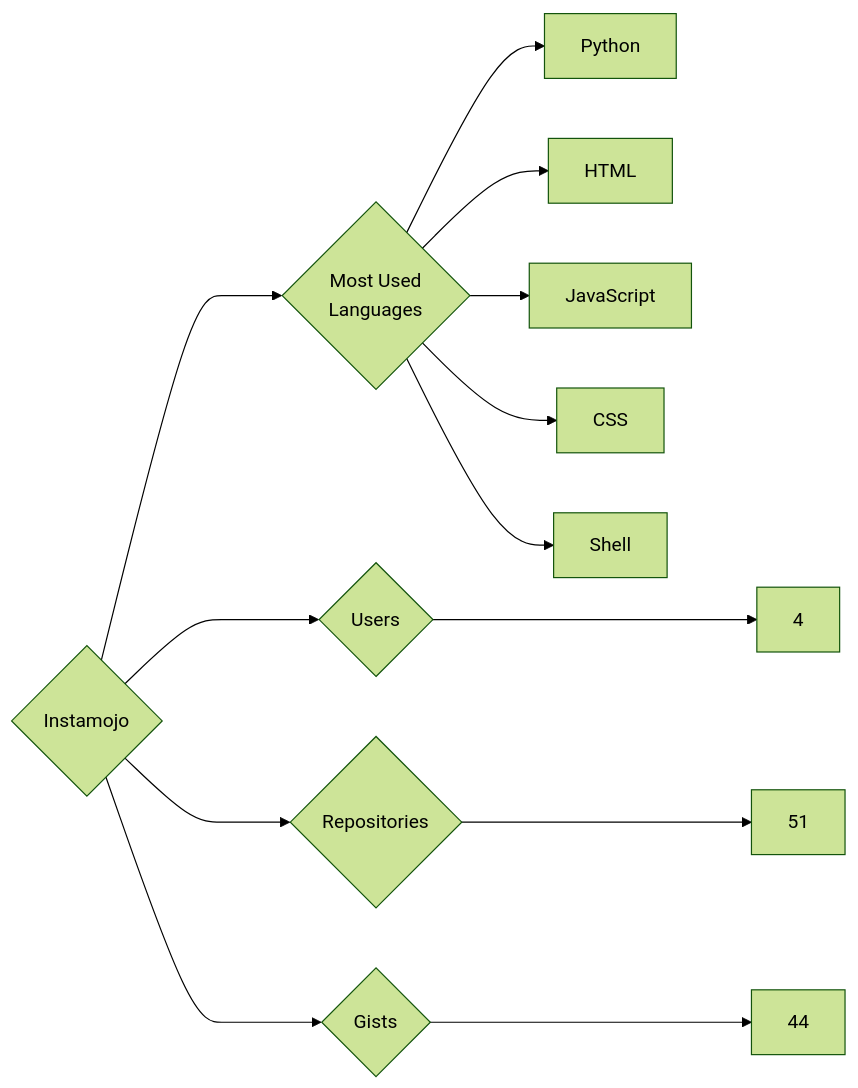
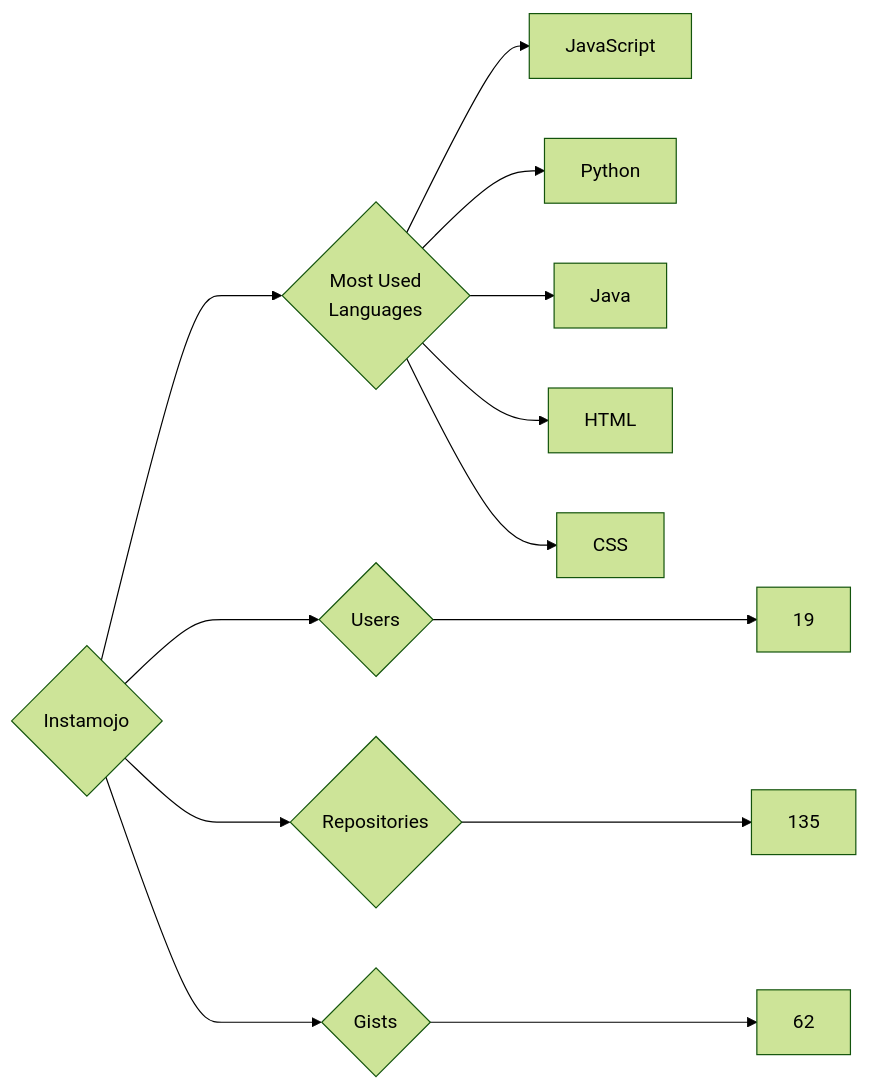
The diagram in targets/Instamojo/README.md (trickest/insiders), drawn with Mermaid (forest theme) before and after one commit. The commit also changed 944 other files, not shown here.

````diff
--- a/targets/Instamojo/README.md
+++ b/targets/Instamojo/README.md
@@ -3,13 +3,13 @@
 ```mermaid
 graph LR
 COMPANY_NAME{Instamojo}
-COMPANY_NAME ---> U{Users} ---> UN[4]
-COMPANY_NAME ---> R{Repositories} ---> RN[51]
-COMPANY_NAME ---> G{Gists} ---> GN[44]
+COMPANY_NAME ---> U{Users} ---> UN[19]
+COMPANY_NAME ---> R{Repositories} ---> RN[135]
+COMPANY_NAME ---> G{Gists} ---> GN[62]
 COMPANY_NAME ---> ML{Most Used<br>Languages}
+ML --> JavaScript[JavaScript]
 ML --> Python[Python]
+ML --> Java[Java]
 ML --> HTML[HTML]
-ML --> JavaScript[JavaScript]
 ML --> CSS[CSS]
-ML --> Shell[Shell]
 ```
````
